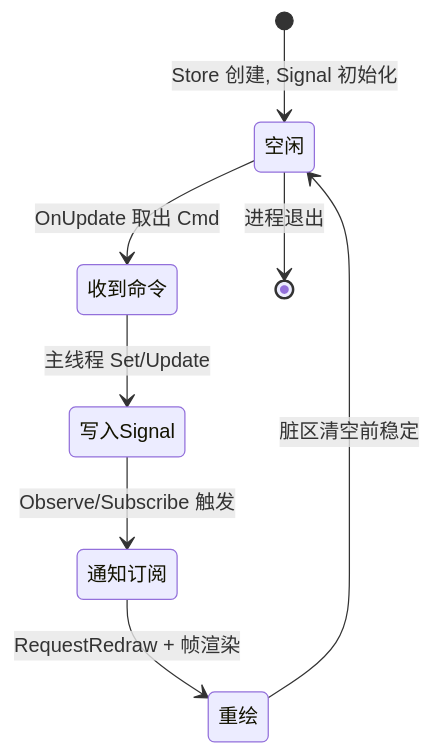
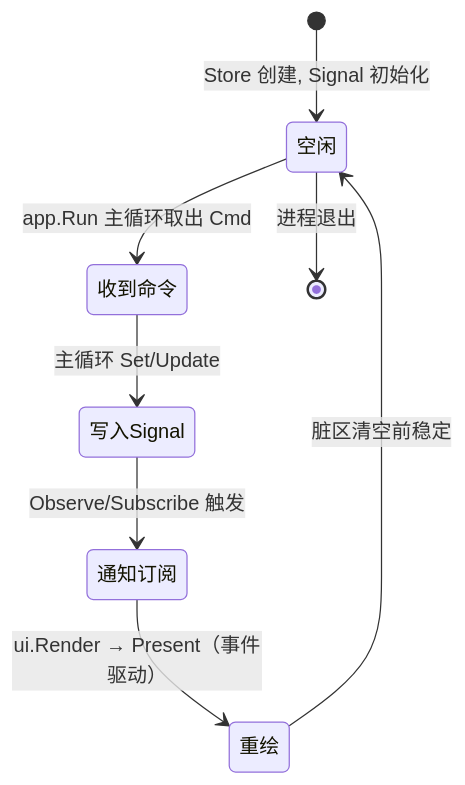
Before and after one commit to shaolei/DeskCalendar: the fourth of 4 diagrams in docs/30-State/Signal.md, drawn with Mermaid. The commit also changed other lines of this file and 25 other files, not shown here.

````diff
--- a/docs/30-State/Signal.md
+++ b/docs/30-State/Signal.md
@@ -134,10 +132,10 @@
 ```mermaid
 stateDiagram-v2
     [*] --> 空闲: Store 创建, Signal 初始化
-    空闲 --> 收到命令: OnUpdate 取出 Cmd
-    收到命令 --> 写入Signal: 主线程 Set/Update
+    空闲 --> 收到命令: app.Run 主循环取出 Cmd
+    收到命令 --> 写入Signal: 主循环 Set/Update
     写入Signal --> 通知订阅: Observe/Subscribe 触发
-    通知订阅 --> 重绘: RequestRedraw + 帧渲染
+    通知订阅 --> 重绘: ui.Render → Present（事件驱动）
     重绘 --> 空闲: 脏区清空前稳定
     空闲 --> [*]: 进程退出
 ```
````
